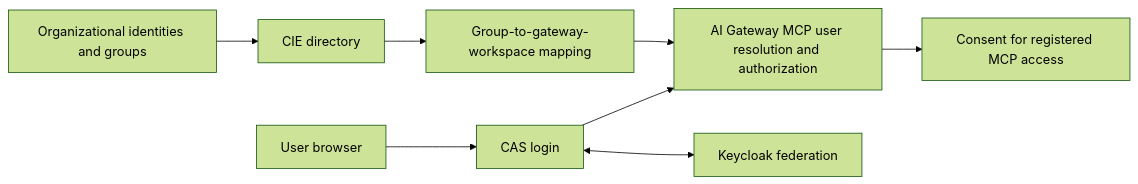
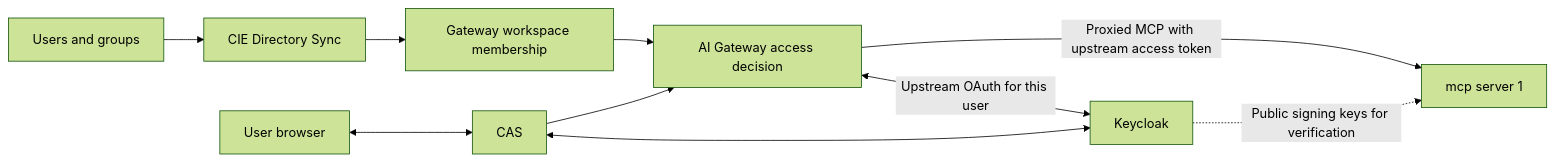
One commit to cdot65/prisma-airs-reference-architecture changed the second of 2 diagrams in docs/architecture.md. Above: the diagram before and after it, drawn with Mermaid (forest theme). The commit also changed other lines of this file and 20 other files, not shown here.

````diff
--- a/docs/architecture.md
+++ b/docs/architecture.md
@@ -53,12 +45,14 @@
 ```mermaid
 flowchart LR
-    accTitle: CIE provisioning and CAS gateway login prerequisites
-    accDescr: Directory identities and groups are provisioned into gateway workspaces through CIE. CAS federates user authentication to Keycloak. Both feed the gateway's user resolution and MCP access decision.
-    identity["Organizational identities and groups"] --> directory["CIE directory"]
-    directory --> mapping["Group-to-gateway-workspace mapping"]
-    mapping --> gateway["AI Gateway MCP user resolution and authorization"]
-    user["User browser"] --> cas["CAS login"]
-    cas <--> keycloak["Keycloak federation"]
+    accTitle: Identity, workspace membership and upstream utility access
+    accDescr: CIE supplies directory and workspace membership while CAS federates browser authentication to Keycloak. The gateway uses its registered upstream OAuth client to obtain a user token for mcp server 1. The server retrieves trusted signing keys for JWT verification.
+    directory["Users and groups"] --> cie["CIE Directory Sync"]
+    cie --> workspace["Gateway workspace membership"]
+    browser["User browser"] <--> cas["CAS"]
+    cas <--> keycloak["Keycloak"]
+    workspace --> gateway["AI Gateway access decision"]
     cas --> gateway
-    gateway --> consent["Consent for registered MCP access"]
+    gateway <-->|"Upstream OAuth for this user"| keycloak
+    gateway -->|"Proxied MCP with upstream access token"| server["mcp server 1"]
+    keycloak -.->|"Public signing keys for verification"| server
 ```
````
